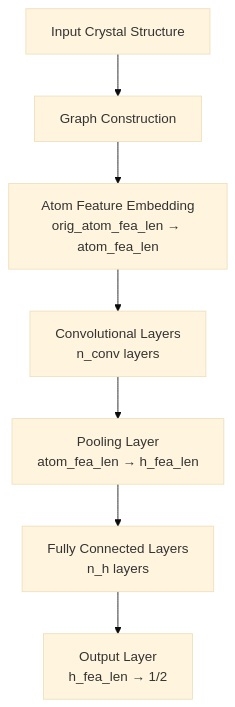
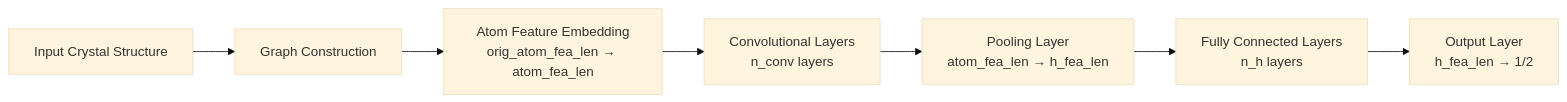
The diagram in docs/1_cgcnn.md (jcwang587/cgcnn2), drawn with Mermaid (base theme) before and after one commit. The commit also changed other lines of this file and 4 other files, not shown here.

````diff
--- a/docs/1_cgcnn.md
+++ b/docs/1_cgcnn.md
@@ -21,9 +25,9 @@
 ```mermaid
-graph TD
+graph LR
     A[Input Crystal Structure] --> B[Graph Construction]
     B --> C[Atom Feature Embedding<br/>orig_atom_fea_len → atom_fea_len]
     C --> D[Convolutional Layers<br/>n_conv layers]
     D --> E[Pooling Layer<br/>atom_fea_len → h_fea_len]
     E --> F[Fully Connected Layers<br/>n_h layers]
     F --> G[Output Layer<br/>h_fea_len → 1/2]
 ```
````
